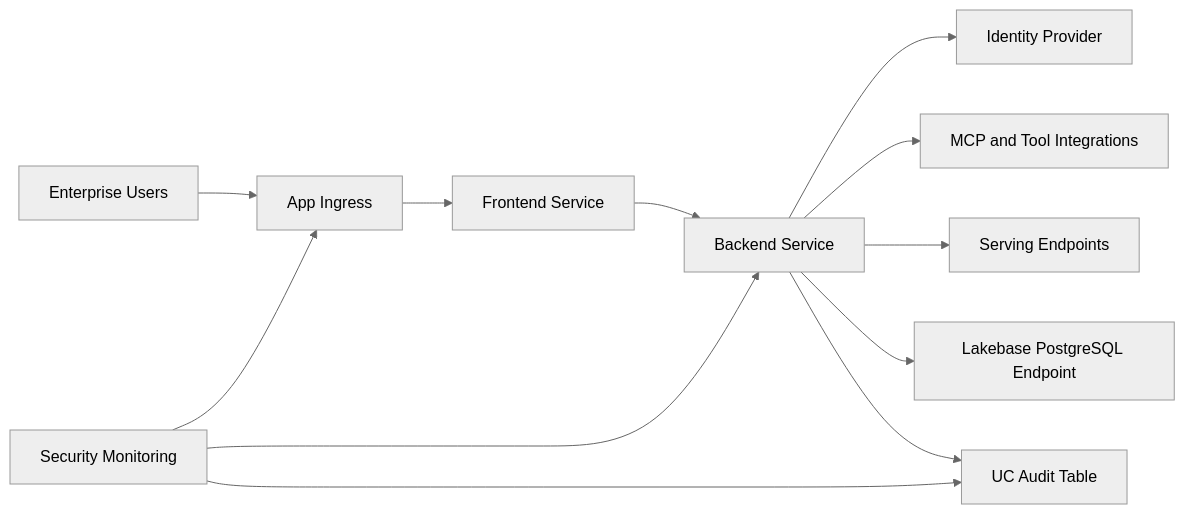
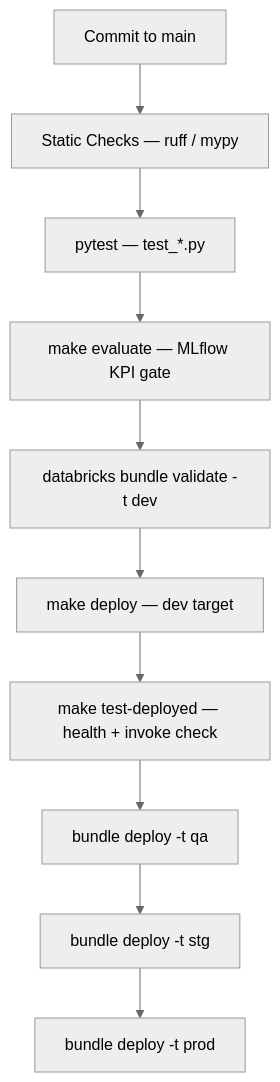
One commit to wchen-dea/Governed-Multi-Agent-Intelligence-on-Databricks changed diagram 14 of 15 in docs/architecture/design-artifacts/00-architecture-board-review.md. Above: the diagram before and after it, drawn with Mermaid (neutral theme). The commit also changed other lines of this file and 51 other files, not shown here.

````diff
--- a/docs/architecture/design-artifacts/00-architecture-board-review.md
+++ b/docs/architecture/design-artifacts/00-architecture-board-review.md
@@ -342,16 +321,12 @@
 ```mermaid
-flowchart LR
-    User[Enterprise Users] --> Ingress[App Ingress]
-    Ingress --> FE[Frontend Service]
-    FE --> BE[Backend Service]
-
-    BE --> IDP[Identity Provider]
-    BE --> MCP[MCP and Tool Integrations]
-    BE --> SEP[Serving Endpoints]
-    BE --> LB[Lakebase PostgreSQL Endpoint]
-    BE --> UC[UC Audit Table]
-
-    SEC[Security Monitoring] --> Ingress
-    SEC --> BE
-    SEC --> UC
+flowchart TD
+    Commit[Commit to main] --> Lint[Static Checks — ruff / mypy]
+    Lint --> Unit[pytest — test_*.py]
+    Unit --> Eval[make evaluate — MLflow KPI gate]
+    Eval --> Validate[databricks bundle validate -t dev]
+    Validate --> DeployDev[make deploy — dev target]
+    DeployDev --> Smoke[make test-deployed — health + invoke check]
+    Smoke --> DeployQA[bundle deploy -t qa]
+    DeployQA --> DeployStg[bundle deploy -t stg]
+    DeployStg --> DeployProd[bundle deploy -t prod]
 ```
````
